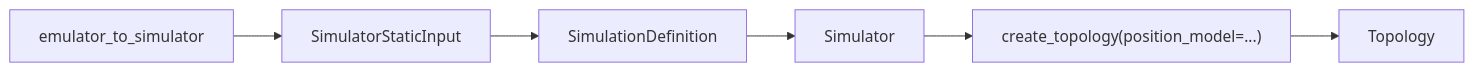
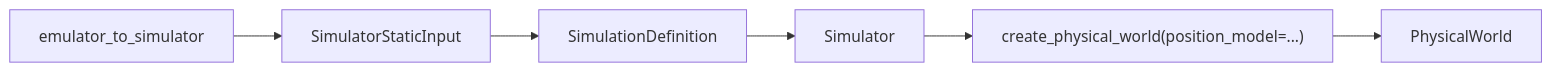
The second of 3 diagrams in skyseed_v2/src/skyseed_v2/simulator/input/README.md (seed-labs/skyseed), drawn with Mermaid before and after one commit. The commit also changed other lines of this file and 256 other files, not shown here.

Commit message:
refactor: complete network planner architecture cutover

````diff
--- a/skyseed_v2/src/skyseed_v2/simulator/input/README.md
+++ b/skyseed_v2/src/skyseed_v2/simulator/input/README.md
@@ -25,8 +26,8 @@
 ```mermaid
 flowchart LR
     BRIDGE["emulator_to_simulator"] --> INPUT["SimulatorStaticInput"]
     INPUT --> DEFINITION["SimulationDefinition"]
     DEFINITION --> SIMULATOR["Simulator"]
-    SIMULATOR --> CREATE["create_topology(position_model=...)"]
-    CREATE --> TOPOLOGY["Topology"]
+    SIMULATOR --> CREATE["create_physical_world(position_model=...)"]
+    CREATE --> WORLD["PhysicalWorld"]
 ```
````
